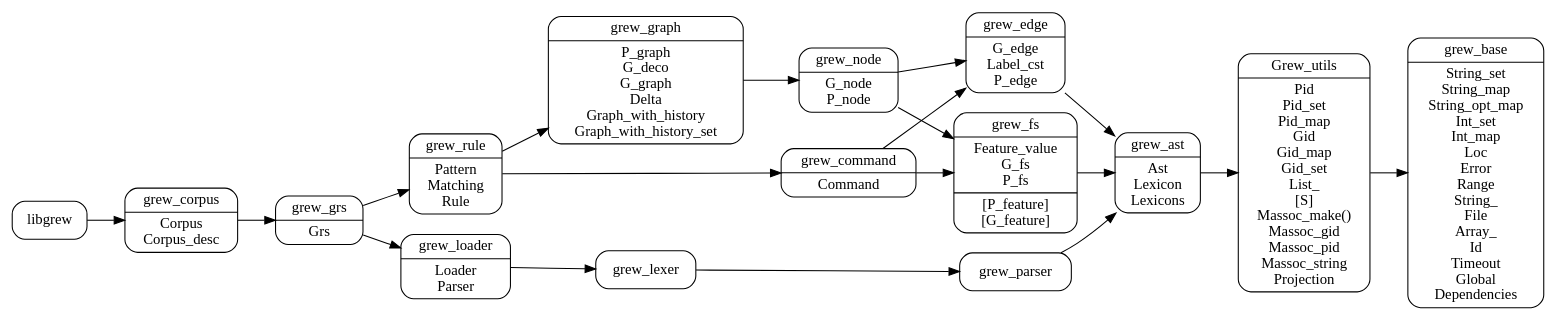
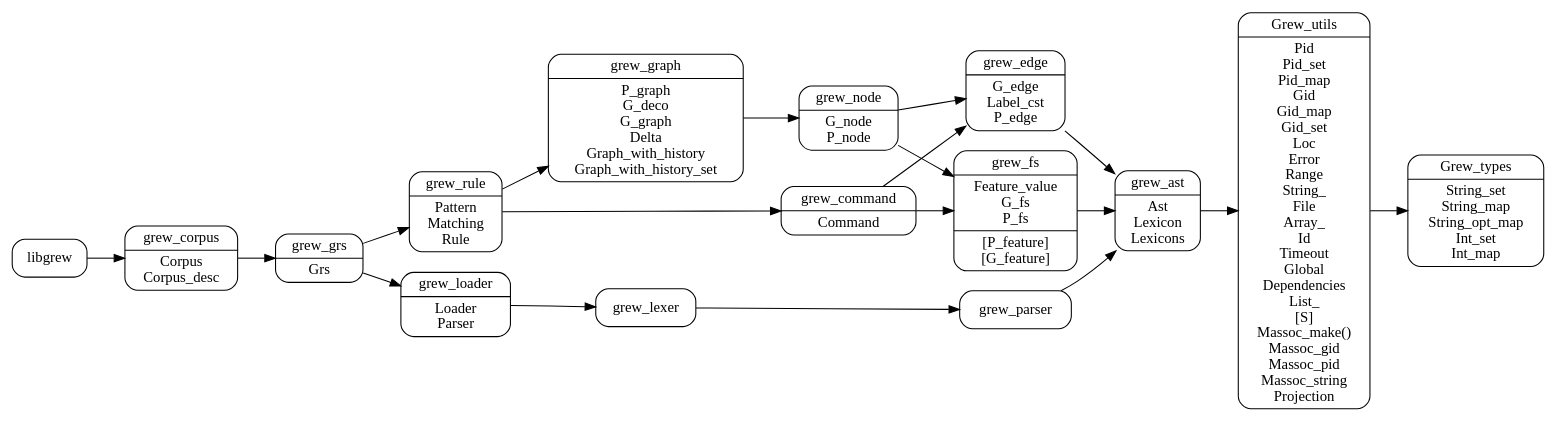
Before and after one commit to grew-nlp/grewlib: the diagram in dev/arch.dot, drawn with Graphviz. The commit also changed 25 other files, not shown here.

Commit message:
rename grew_base in grew_utils

```diff
--- a/dev/arch.dot
+++ b/dev/arch.dot
@@ -1,32 +1,32 @@
 digraph grew {
   node [shape=Mrecord];
   rankdir = LR;
-  grew_base [label="grew_base|String_set\nString_map\nString_opt_map\nInt_set\nInt_map\nLoc\nError\nRange\nString_\nFile\nArray_\nId\nTimeout\nGlobal\nDependencies"]
-  Grew_utils [label="Grew_utils|Pid\nPid_set\nPid_map\nGid\nGid_map\nGid_set\nList_\n[S]\nMassoc_make()\nMassoc_gid\nMassoc_pid\nMassoc_string\nProjection"]
+  Grew_types [label="Grew_types|String_set\nString_map\nString_opt_map\nInt_set\nInt_map"]
+  Grew_utils [label="Grew_utils|Pid\nPid_set\nPid_map\nGid\nGid_map\nGid_set\nLoc\nError\nRange\nString_\nFile\nArray_\nId\nTimeout\nGlobal\nDependencies\nList_\n[S]\nMassoc_make()\nMassoc_gid\nMassoc_pid\nMassoc_string\nProjection"]
   grew_ast [label="grew_ast|Ast\nLexicon\nLexicons"]
   grew_loader [label="grew_loader|Loader\nParser"]
   grew_fs [label="grew_fs|Feature_value\nG_fs\nP_fs|[P_feature]\n[G_feature]"]
   grew_edge [label="grew_edge|G_edge\nLabel_cst\nP_edge"]
   grew_node [label="grew_node|G_node\nP_node"]
   grew_command [label="grew_command|Command"]
   grew_graph [label="grew_graph|P_graph\nG_deco\nG_graph\nDelta\nGraph_with_history\nGraph_with_history_set"]
   grew_rule [label="grew_rule|Pattern\nMatching\nRule"]
   grew_grs [label="grew_grs|Grs"]
   grew_corpus [label="grew_corpus|Corpus\nCorpus_desc"]
 
-grew_ast -> Grew_utils -> grew_base
+grew_ast -> Grew_utils -> Grew_types
 grew_edge -> grew_ast
 grew_fs -> grew_ast
 grew_command -> grew_edge
 grew_command -> grew_fs
 grew_node -> grew_edge
 grew_node -> grew_fs
 grew_graph -> grew_node
 grew_rule -> grew_command
 grew_rule -> grew_graph
 grew_grs -> grew_rule
 grew_grs -> grew_loader -> grew_lexer -> grew_parser -> grew_ast
 grew_corpus -> grew_grs
 libgrew -> grew_corpus
 
 }
```
